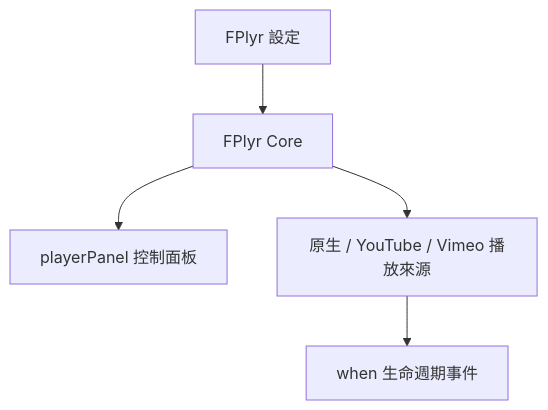
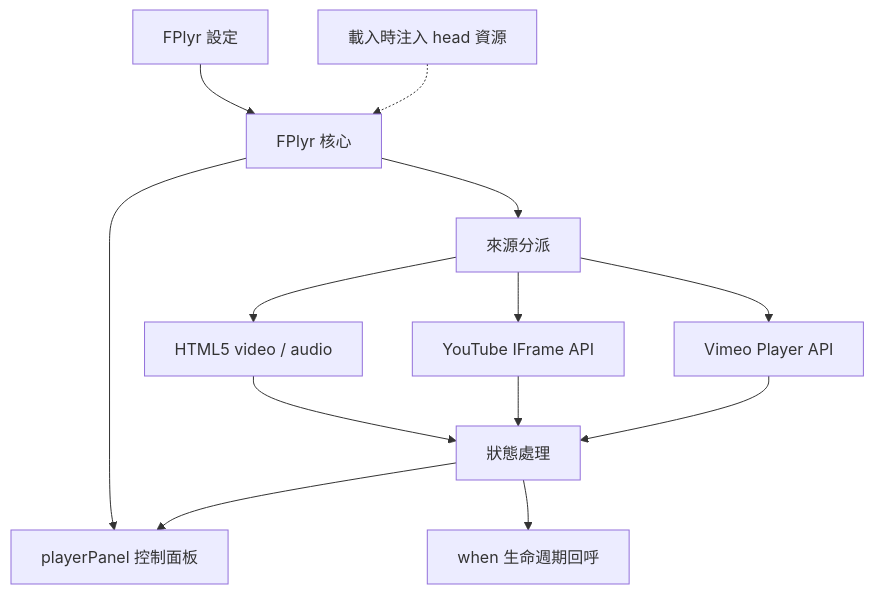
The diagram in doc/README.zh.md (pardnchiu/FlexPlyr), drawn with Mermaid before and after one commit. The commit also changed other lines of this file and 7 other files, not shown here.

Commit message:
doc: Regenerate bilingual README, doc, and architecture docs from source

````diff
--- a/doc/README.zh.md
+++ b/doc/README.zh.md
@@ -47,7 +41,13 @@
 ```mermaid
 graph TB
-    A[FPlyr 設定] --> B[FPlyr Core]
-    B --> C[playerPanel 控制面板]
-    B --> D[原生 / YouTube / Vimeo 播放來源]
-    D --> E[when 生命週期事件]
+    A[FPlyr 設定] --> B[FPlyr 核心]
+    H[載入時注入 head 資源] -.-> B
+    B --> C[來源分派]
+    C --> D[HTML5 video / audio]
+    C --> E[YouTube IFrame API]
+    C --> F[Vimeo Player API]
+    B --> G[playerPanel 控制面板]
+    D & E & F --> I[狀態處理]
+    I --> G
+    I --> J[when 生命週期回呼]
 ```
````
